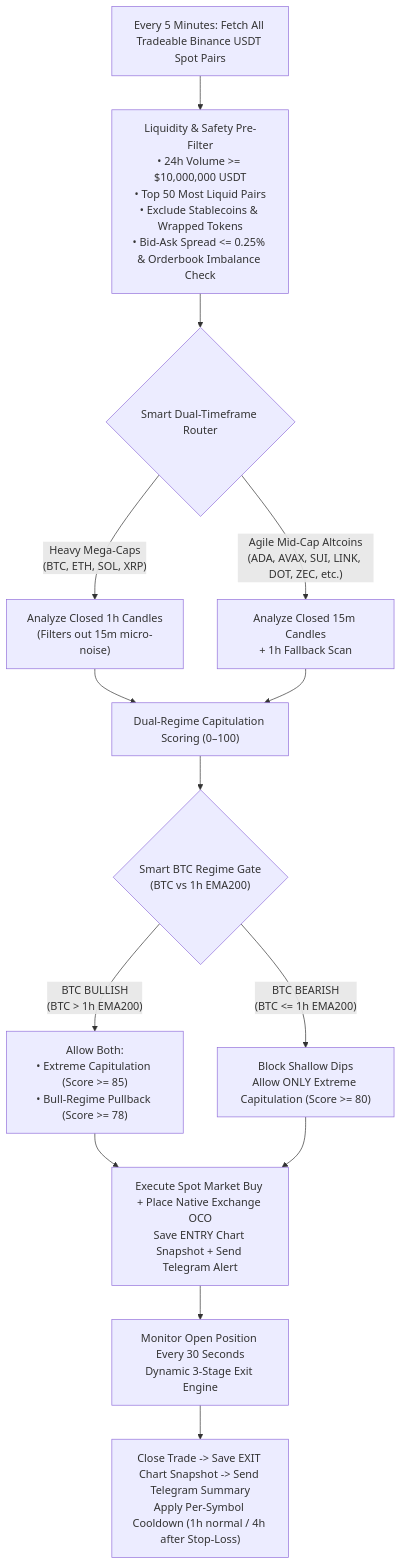
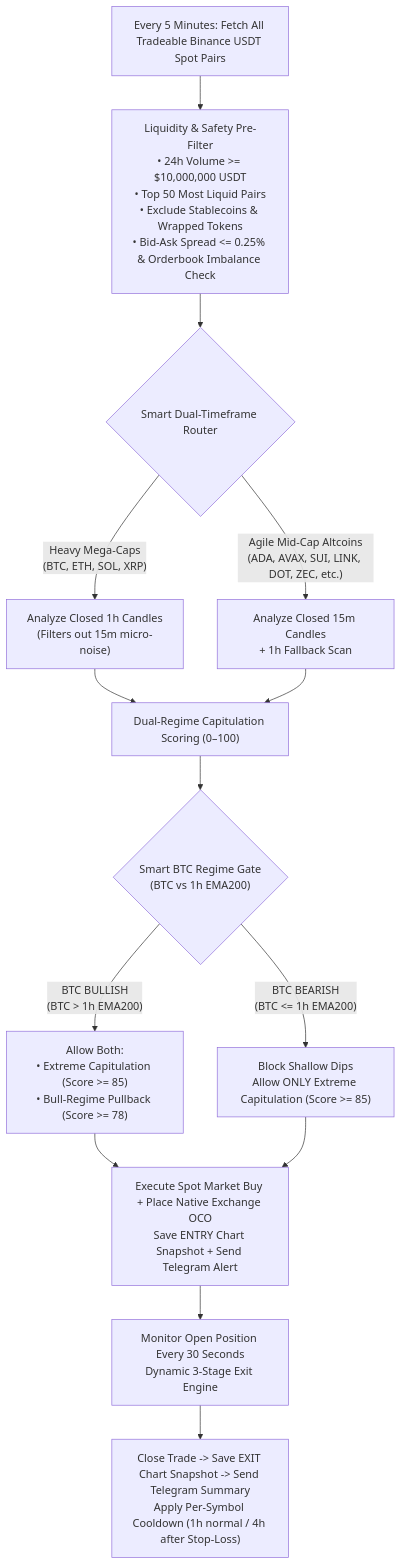
The diagram in README.md (lrk37/CryptoBot), drawn with Mermaid before and after one commit. The commit also changed 4 other files, not shown here.

Commit message:
Raise Bearish BTC override threshold to 85, guard against late-candle bounce chasing, and fix 100-bar chart indicator warmup

````diff
--- a/README.md
+++ b/README.md
@@ -9,16 +9,16 @@
 ```mermaid
 flowchart TD
     A["Every 5 Minutes: Fetch All Tradeable Binance USDT Spot Pairs"] --> B["Liquidity & Safety Pre-Filter\n• 24h Volume >= $10,000,000 USDT\n• Top 50 Most Liquid Pairs\n• Exclude Stablecoins & Wrapped Tokens\n• Bid-Ask Spread <= 0.25% & Orderbook Imbalance Check"]
     B --> C{"Smart Dual-Timeframe Router"}
     C -->|"Heavy Mega-Caps\n(BTC, ETH, SOL, XRP)"| D["Analyze Closed 1h Candles\n(Filters out 15m micro-noise)"]
     C -->|"Agile Mid-Cap Altcoins\n(ADA, AVAX, SUI, LINK, DOT, ZEC, etc.)"| E["Analyze Closed 15m Candles\n+ 1h Fallback Scan"]
     D --> F["Dual-Regime Capitulation Scoring (0–100)"]
     E --> F
     F --> G{"Smart BTC Regime Gate\n(BTC vs 1h EMA200)"}
     G -->|"BTC BULLISH\n(BTC > 1h EMA200)"| H["Allow Both:\n• Extreme Capitulation (Score >= 85)\n• Bull-Regime Pullback (Score >= 78)"]
-    G -->|"BTC BEARISH\n(BTC <= 1h EMA200)"| I["Block Shallow Dips\nAllow ONLY Extreme Capitulation (Score >= 80)"]
+    G -->|"BTC BEARISH\n(BTC <= 1h EMA200)"| I["Block Shallow Dips\nAllow ONLY Extreme Capitulation (Score >= 85)"]
     H --> J["Execute Spot Market Buy + Place Native Exchange OCO\nSave ENTRY Chart Snapshot + Send Telegram Alert"]
     I --> J
     J --> K["Monitor Open Position Every 30 Seconds\nDynamic 3-Stage Exit Engine"]
     K --> L["Close Trade -> Save EXIT Chart Snapshot -> Send Telegram Summary\nApply Per-Symbol Cooldown (1h normal / 4h after Stop-Loss)"]
 ```
````
